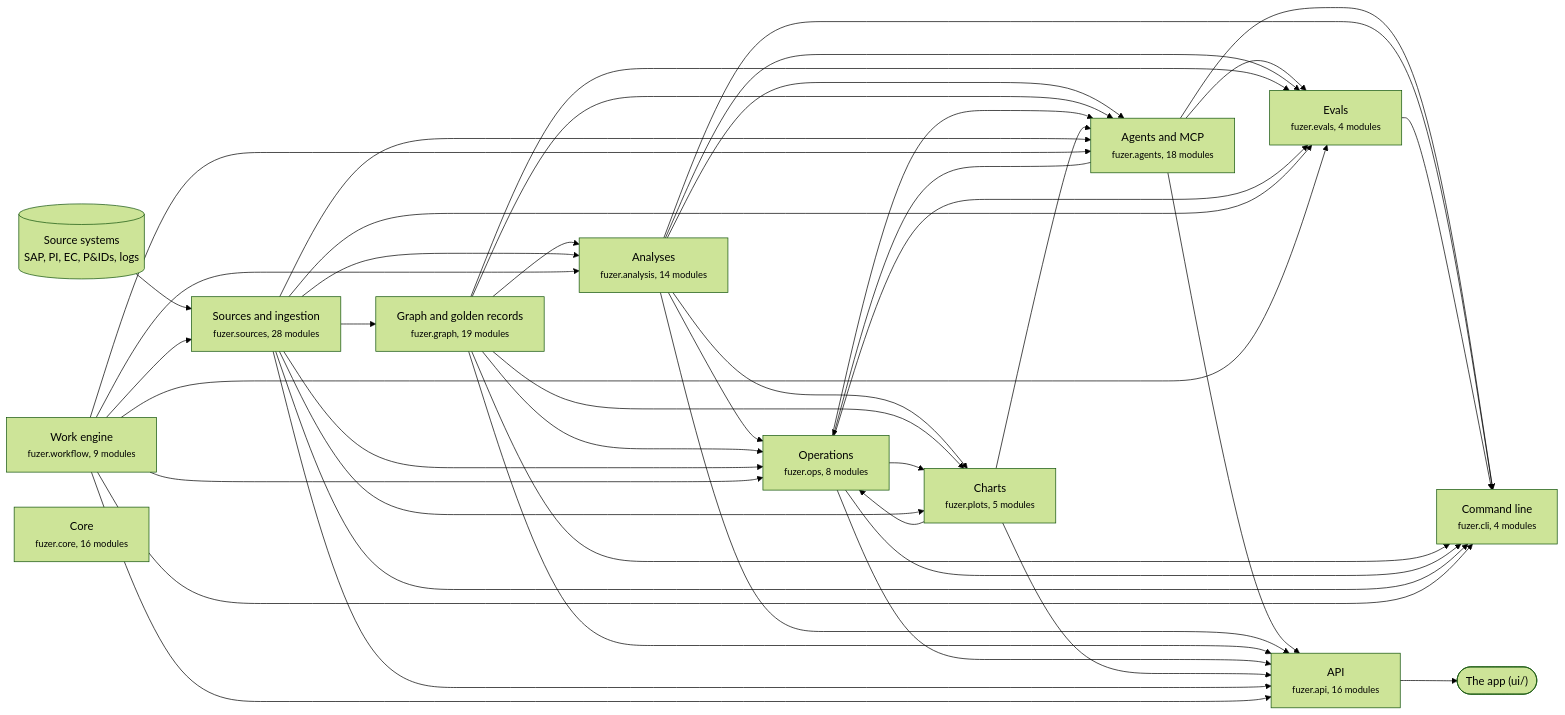
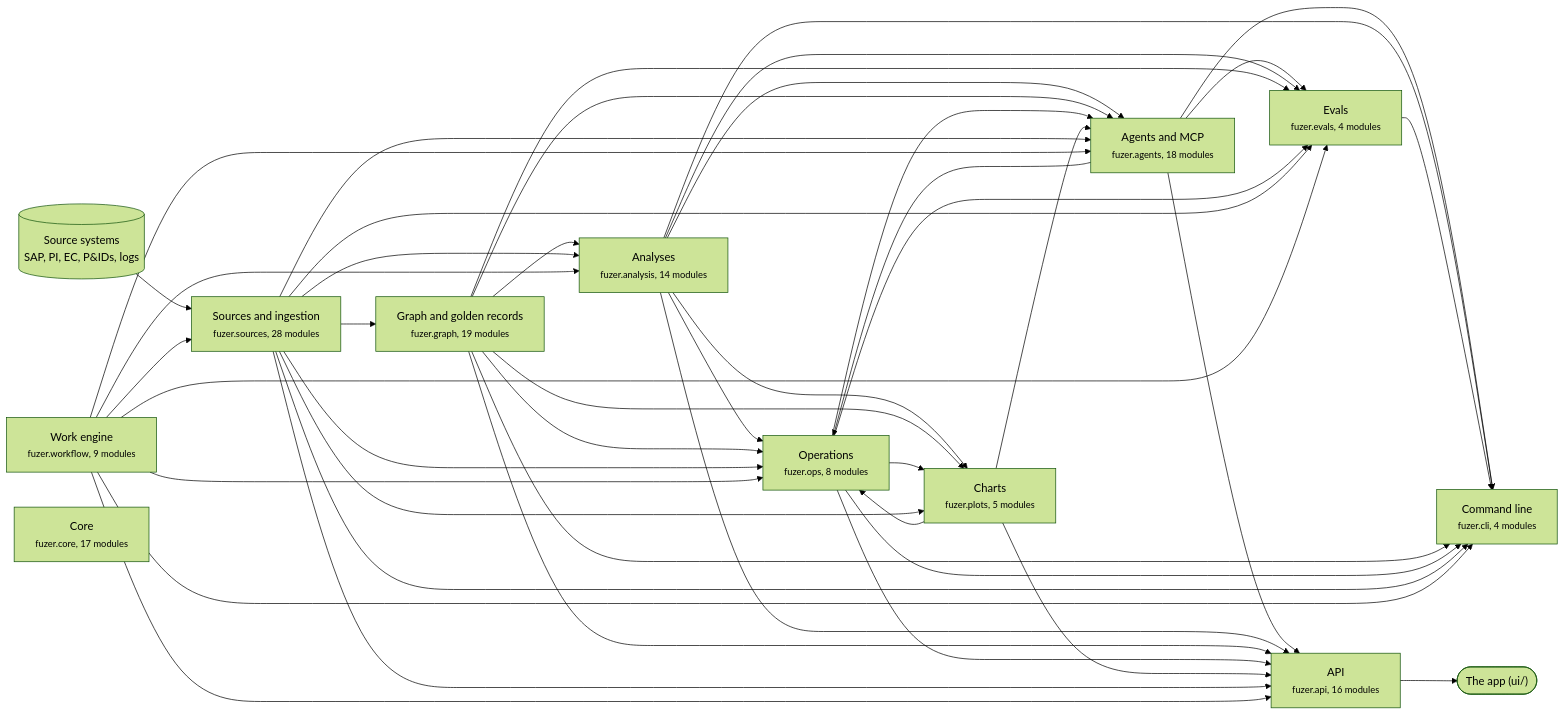
The first of 3 diagrams in docs/architecture.md (areed145/fuzer), drawn with Mermaid (forest theme) before and after one commit. The commit also changed other lines of this file and 34 other files, not shown here.

````diff
--- a/docs/architecture.md
+++ b/docs/architecture.md
@@ -8,69 +8,69 @@
 ```mermaid
 flowchart LR
   systems[("Source systems<br>SAP, PI, EC, P&IDs, logs")] --> c_sources
   app(["The app (ui/)"])
   c_api --> app
   c_sources["Sources and ingestion<br><small>fuzer.sources, 28 modules</small>"]
   c_graph["Graph and golden records<br><small>fuzer.graph, 19 modules</small>"]
   c_analysis["Analyses<br><small>fuzer.analysis, 14 modules</small>"]
   c_ops["Operations<br><small>fuzer.ops, 8 modules</small>"]
   c_plots["Charts<br><small>fuzer.plots, 5 modules</small>"]
   c_workflow["Work engine<br><small>fuzer.workflow, 9 modules</small>"]
   c_agents["Agents and MCP<br><small>fuzer.agents, 18 modules</small>"]
   c_evals["Evals<br><small>fuzer.evals, 4 modules</small>"]
   c_api["API<br><small>fuzer.api, 16 modules</small>"]
   c_cli["Command line<br><small>fuzer.cli, 4 modules</small>"]
-  c_core["Core<br><small>fuzer.core, 16 modules</small>"]
+  c_core["Core<br><small>fuzer.core, 17 modules</small>"]
   c_workflow --> c_sources
   c_sources --> c_graph
   c_graph --> c_analysis
   c_sources --> c_analysis
   c_workflow --> c_analysis
   c_agents --> c_ops
   c_analysis --> c_ops
   c_graph --> c_ops
   c_plots --> c_ops
   c_sources --> c_ops
   c_workflow --> c_ops
   c_analysis --> c_plots
   c_graph --> c_plots
   c_ops --> c_plots
   c_sources --> c_plots
   c_analysis --> c_agents
   c_graph --> c_agents
   c_ops --> c_agents
   c_plots --> c_agents
   c_sources --> c_agents
   c_workflow --> c_agents
   c_agents --> c_evals
   c_analysis --> c_evals
   c_graph --> c_evals
   c_ops --> c_evals
   c_sources --> c_evals
   c_workflow --> c_evals
   c_agents --> c_api
   c_analysis --> c_api
   c_graph --> c_api
   c_ops --> c_api
   c_plots --> c_api
   c_sources --> c_api
   c_workflow --> c_api
   c_agents --> c_cli
   c_analysis --> c_cli
   c_evals --> c_cli
   c_graph --> c_cli
   c_ops --> c_cli
   c_sources --> c_cli
   c_workflow --> c_cli
   click c_sources "https://github.com/areed145/fuzer/tree/main/src/fuzer/sources"
   click c_graph "https://github.com/areed145/fuzer/tree/main/src/fuzer/graph"
   click c_analysis "https://github.com/areed145/fuzer/tree/main/src/fuzer/analysis"
   click c_ops "https://github.com/areed145/fuzer/tree/main/src/fuzer/ops"
   click c_plots "https://github.com/areed145/fuzer/tree/main/src/fuzer/plots"
   click c_workflow "https://github.com/areed145/fuzer/tree/main/src/fuzer/workflow"
   click c_agents "https://github.com/areed145/fuzer/tree/main/src/fuzer/agents"
   click c_evals "https://github.com/areed145/fuzer/tree/main/src/fuzer/evals"
   click c_api "https://github.com/areed145/fuzer/tree/main/src/fuzer/api"
   click c_cli "https://github.com/areed145/fuzer/tree/main/src/fuzer/cli"
   click c_core "https://github.com/areed145/fuzer/tree/main/src/fuzer/core"
 ```
````
